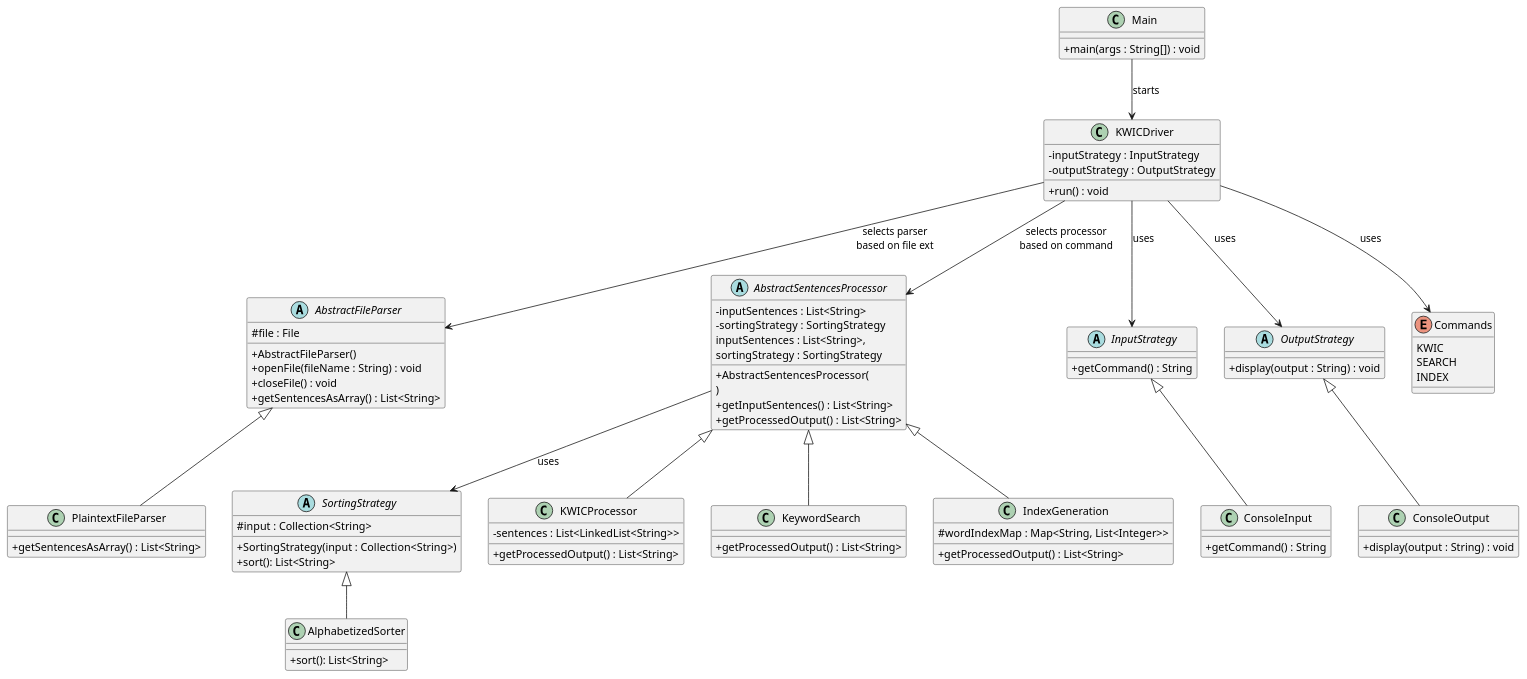
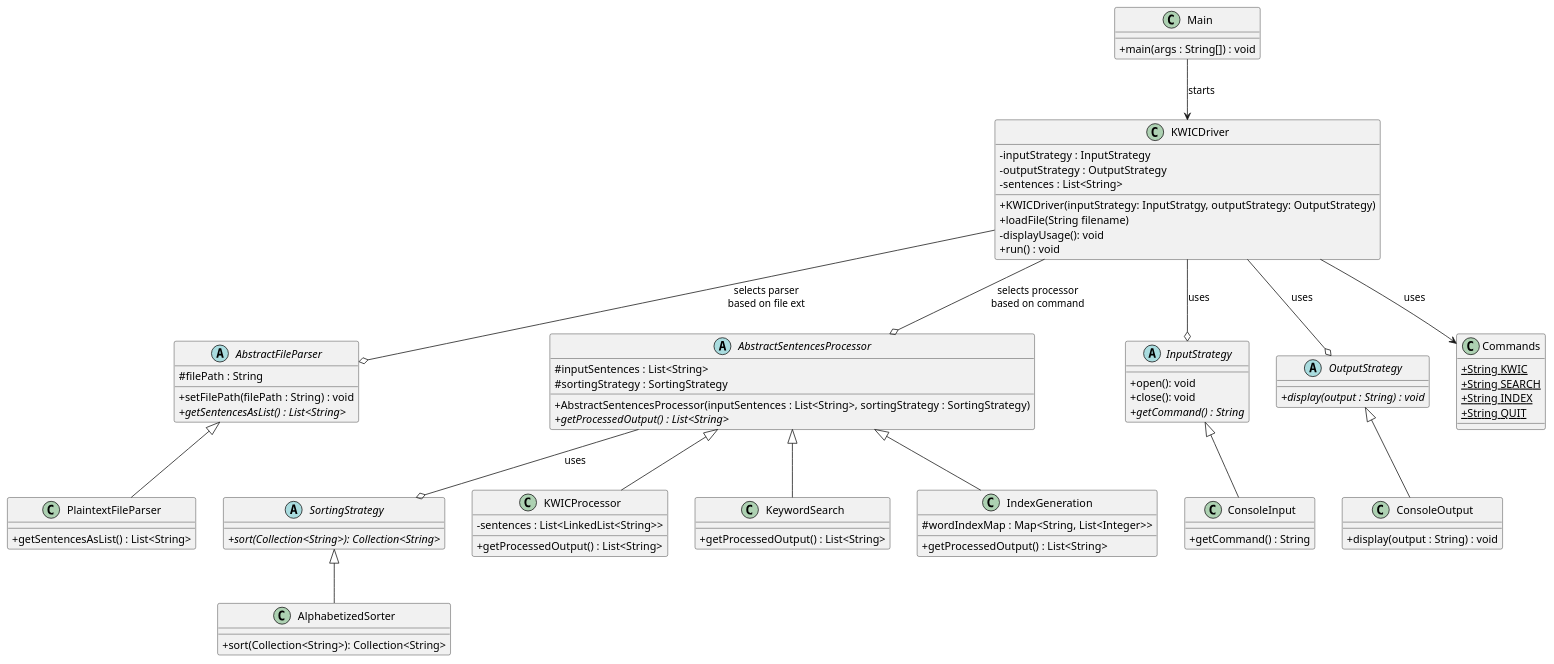
Before and after one commit to dowlindan/KWICProcessor: the diagram in PlantUML.md, drawn with PlantUML. The commit also changed 1 other file, not shown here.

Commit message:
UML v2 after prototyping

```diff
--- a/PlantUML.md
+++ b/PlantUML.md
@@ -5,45 +5,37 @@
 ' Abstract File Parser
 ' =====================
 abstract class AbstractFileParser {
-  #file : File
-  +AbstractFileParser()
-  +openFile(fileName : String) : void
-  +closeFile() : void
-  +getSentencesAsArray() : List<String>
+  #filePath : String
+  +setFilePath(filePath : String) : void
+  {abstract} +getSentencesAsList() : List<String>
 }
 
 ' =====================
 ' Concrete File Parser
 ' =====================
 class PlaintextFileParser {
-  +getSentencesAsArray() : List<String>
+  +getSentencesAsList() : List<String>
 }
 
 ' =====================
 ' Sorting Strategy
 ' =====================
 abstract class SortingStrategy {
-  #input : Collection<String>
-  +SortingStrategy(input : Collection<String>)
-  +sort(): List<String>
+  {abstract} +sort(Collection<String>): Collection<String>
 }
 
 class AlphabetizedSorter {
-  +sort(): List<String>
+  +sort(Collection<String>): Collection<String>
 }
 
 ' =====================
 ' Abstract Sentences Processor
 ' =====================
 abstract class AbstractSentencesProcessor {
-  -inputSentences : List<String>
-  -sortingStrategy : SortingStrategy
-  +AbstractSentencesProcessor(
-      inputSentences : List<String>,
-      sortingStrategy : SortingStrategy
-    )
-  +getInputSentences() : List<String>
-  +getProcessedOutput() : List<String>
+  #inputSentences : List<String>
+  #sortingStrategy : SortingStrategy
+  +AbstractSentencesProcessor(inputSentences : List<String>, sortingStrategy : SortingStrategy)
+  {abstract} +getProcessedOutput() : List<String>
 }
 
 ' =====================
@@ -67,7 +59,9 @@
 ' Input / Output Strategies
 ' =====================
 abstract class InputStrategy {
-  +getCommand() : String
+  +open(): void
+  +close(): void
+  {abstract} +getCommand() : String
 }
 
 class ConsoleInput {
@@ -75,7 +69,7 @@
 }
 
 abstract class OutputStrategy {
-  +display(output : String) : void
+  {abstract} +display(output : String) : void
 }
 
 class ConsoleOutput {
@@ -85,10 +79,11 @@
 ' =====================
 ' Commands Enum
 ' =====================
-enum Commands {
-  KWIC
-  SEARCH
-  INDEX
+class Commands {
+  {static} +String KWIC
+  {static} +String SEARCH
+  {static} +String INDEX
+  {static} + String QUIT
 }
 
 ' =====================
@@ -97,6 +92,10 @@
 class KWICDriver {
   -inputStrategy : InputStrategy
   -outputStrategy : OutputStrategy
+  +KWICDriver(inputStrategy: InputStratgy, outputStrategy: OutputStrategy)
+  -sentences : List<String>
+  +loadFile(String filename)
+  -displayUsage(): void
   +run() : void
 }
 
@@ -125,12 +124,12 @@
 
 KWICDriver --> Commands : uses
 
-KWICDriver --> InputStrategy : uses
-KWICDriver --> OutputStrategy : uses
+KWICDriver --o InputStrategy : uses
+KWICDriver --o OutputStrategy : uses
 
-KWICDriver --> AbstractFileParser : selects parser\nbased on file ext
-KWICDriver --> AbstractSentencesProcessor : selects processor\nbased on command
+KWICDriver --o AbstractFileParser : selects parser\nbased on file ext
+KWICDriver --o AbstractSentencesProcessor : selects processor\nbased on command
 
-AbstractSentencesProcessor --> SortingStrategy : uses
+AbstractSentencesProcessor --o SortingStrategy : uses
 
 @enduml
```
